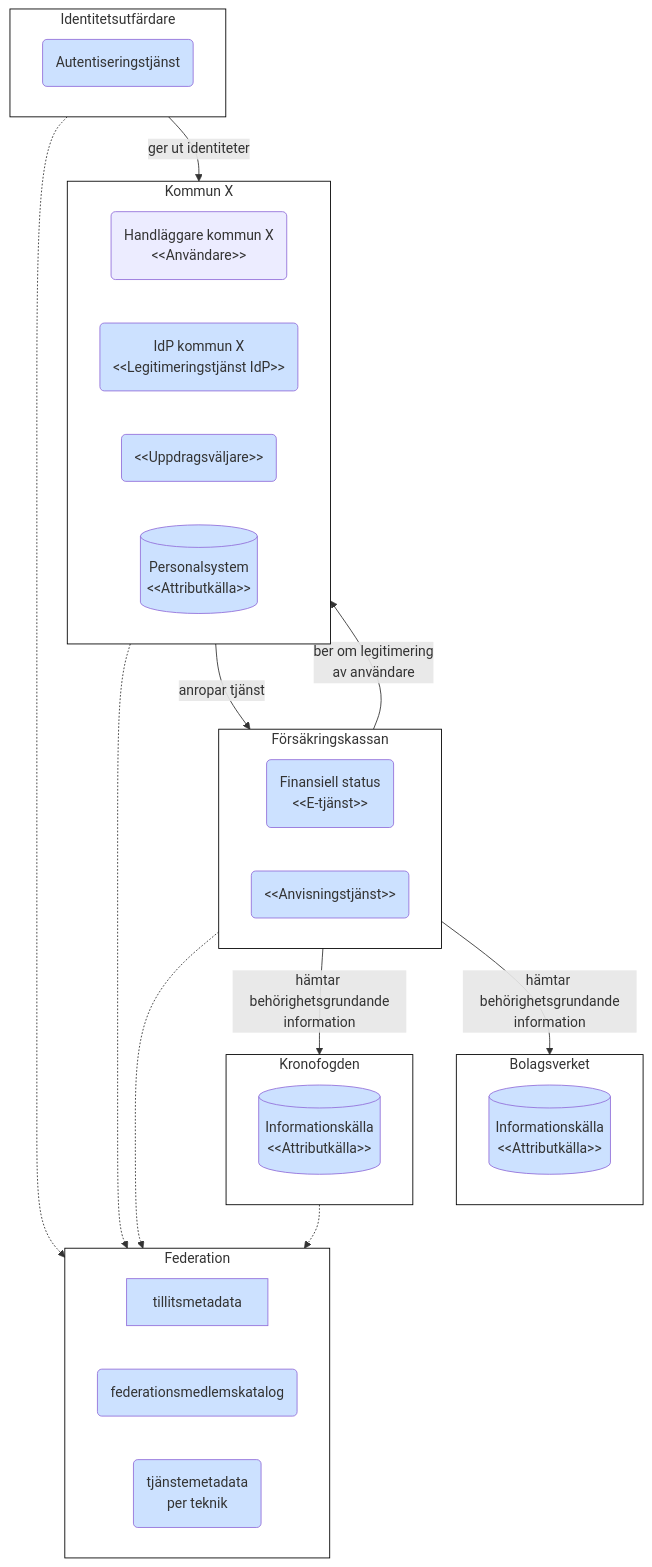
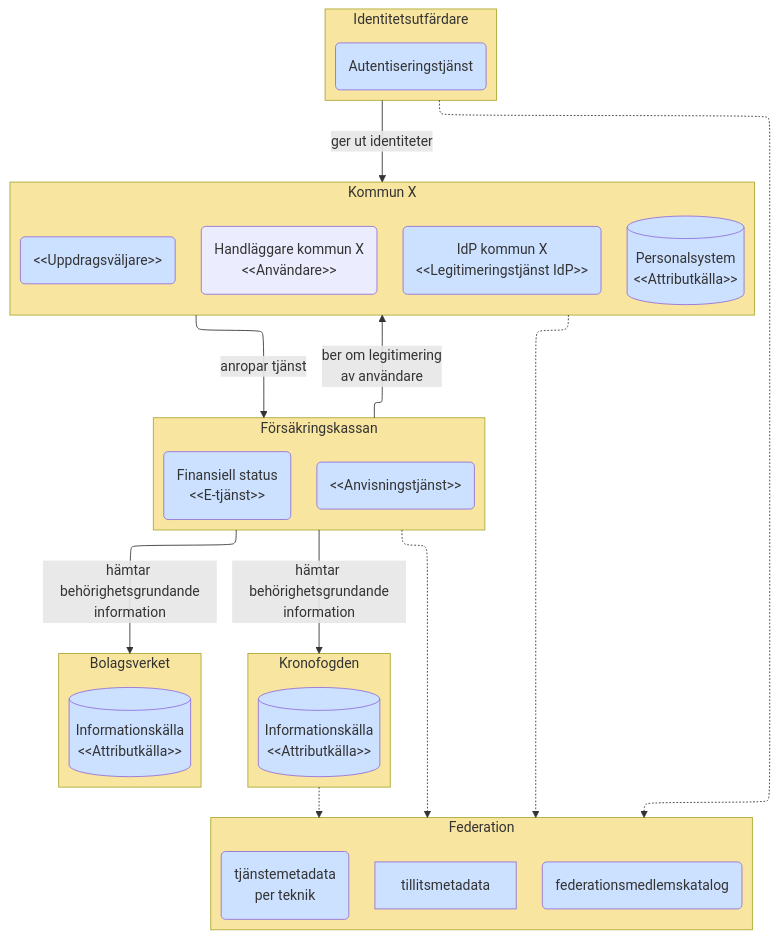
The ninth of 9 diagrams in architecture/drafts/IAM_TargetArchitecture_Sweden.md (diggsweden/ena-authorization), drawn with Mermaid before and after one commit. The commit also changed other lines of this file, not shown here.

Commit message:
Testar ny mermaid-rendrerare "elk"

````diff
--- a/architecture/drafts/IAM_TargetArchitecture_Sweden.md
+++ b/architecture/drafts/IAM_TargetArchitecture_Sweden.md
@@ -343,49 +360,50 @@
 ```mermaid
+%%{init: {"flowchart": {"defaultRenderer": "elk"}} }%%
 graph TD
 classDef org fill:#F8E5A0
 classDef comp fill:#CCE1FF
 classDef box fill:#ffffff,stroke:#000000
 
 subgraph xo[Kommun X]
     xu(Handläggare kommun X<br>&lt&ltAnvändare&gt&gt)
     xidp(IdP kommun X<br>&lt&ltLegitimeringstjänst IdP&gt&gt):::comp
     xuv(<p>&lt&ltUppdragsväljare&gt&gt):::comp
     xak[(Personalsystem<br>&lt&ltAttributkälla&gt&gt)]:::comp
 end
-xo:::box
+xo:::org
 
 subgraph k[Kronofogden]
     kd[(Informationskälla<br>&lt&ltAttributkälla&gt&gt)]:::comp
 end
-k:::box
+k:::org
 
 subgraph b[Bolagsverket]
     bd[(Informationskälla<br>&lt&ltAttributkälla&gt&gt)]:::comp
 end
-b:::box
+b:::org
 
 subgraph fk[Försäkringskassan]
     fkt(Finansiell status<br>&lt&ltE-tjänst&gt&gt):::comp
     fka(<p>&lt&ltAnvisningstjänst&gt&gt):::comp
 end
-fk:::box
+fk:::org
 
 subgraph id[Identitetsutfärdare]
     ida(Autentiseringstjänst):::comp
 end
-id:::box
+id:::org
 
 subgraph fed[Federation]
     fedt[tillitsmetadata]:::comp
     fedmk(federationsmedlemskatalog):::comp
     fedprof(tjänstemetadata<br>per teknik):::comp
 end
-fed:::box
+fed:::org
 
 id & fk & xo & k -.-> fed
 id--ger ut identiteter-->xo
 fk--ber om legitimering<br>av användare-->xo
 fk--hämtar behörighetsgrundande<br>information-->k & b
 xo--anropar tjänst--> fk
 
 ```
````
